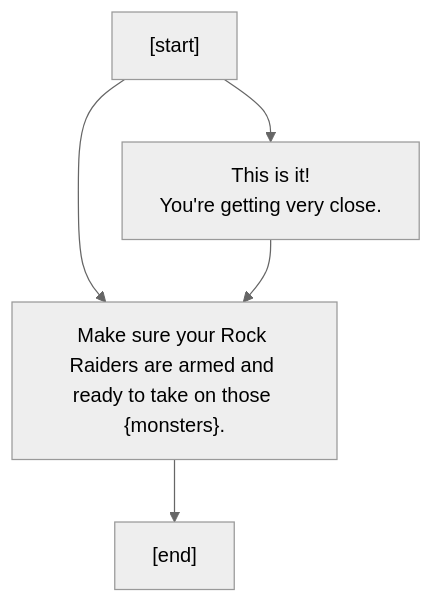
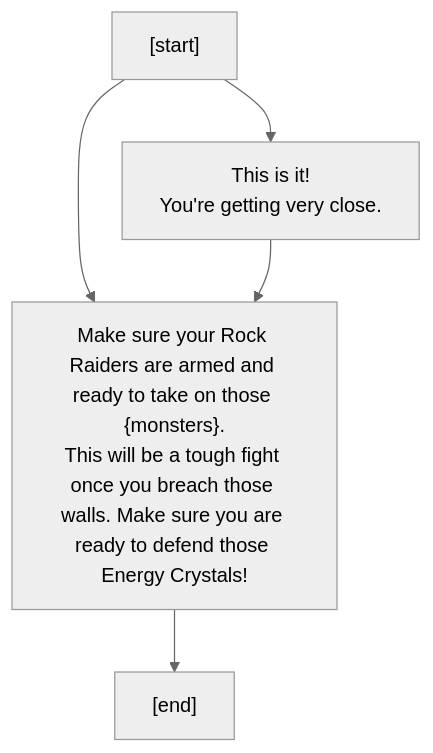
One commit to charredUtensil/groundhog changed the fourth of 4 diagrams in src/core/lore/graphs/pandora.md. Above: the diagram before and after it, drawn with Mermaid (neutral theme). The commit also changed other lines of this file and 4 other files, not shown here.

Commit message:
clean up mermaid

````diff
--- a/src/core/lore/graphs/pandora.md
+++ b/src/core/lore/graphs/pandora.md
@@ -45,11 +45,11 @@
 ```mermaid
 flowchart TD;
 P0["[start]"]
 P0 --> P1
 P0 --> P2
 P1["This is it!<br/>You're getting very close."]
 P1 --> P2
-P2["Make sure your Rock Raiders are armed and ready to take on those {monsters}."]
+P2["Make sure your Rock Raiders are armed and ready to take on those {monsters}.<br/>This will be a tough fight once you breach those walls. Make sure you are ready to defend those Energy Crystals!"]
 P2 --> P3
 P3["[end]"]
 ```
````
